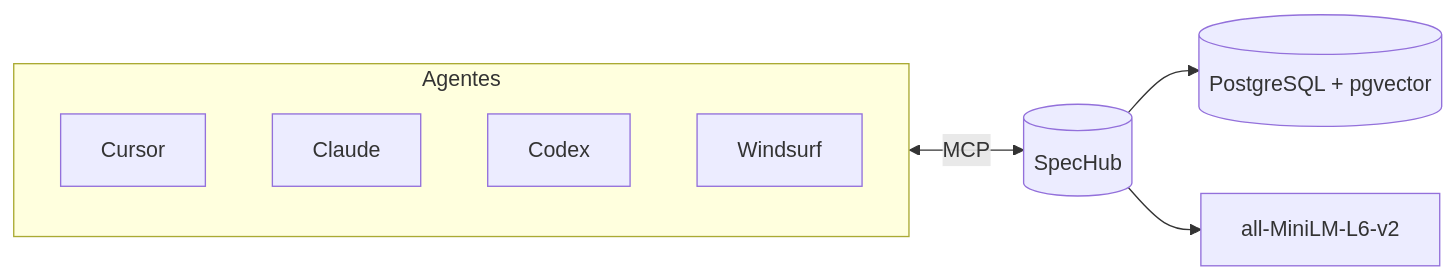
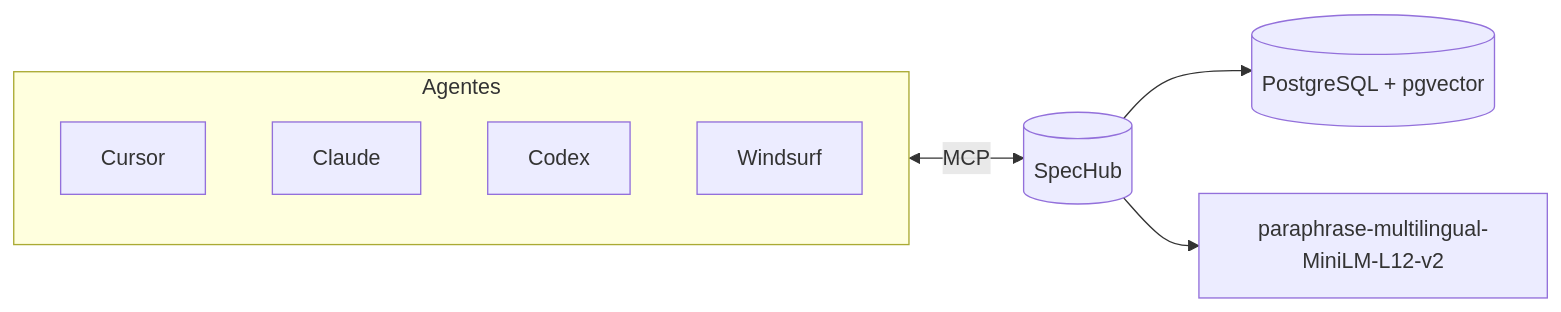
One commit to cezarpretto/spec-hub changed the diagram in README.md. Above: the diagram before and after it, drawn with Mermaid. The commit also changed other lines of this file and 10 other files, not shown here.

First line of the commit message:
feat: swap embedding model to multilingual (paraphrase-multilingual-MiniLM-L12-v2)

````diff
--- a/README.md
+++ b/README.md
@@ -9,12 +9,12 @@
 ```mermaid
 flowchart LR
     subgraph Agentes
         Cursor
         Claude
         Codex
         Windsurf
     end
     Agentes <-->|MCP| SpecHub[(SpecHub)]
     SpecHub --> PG[(PostgreSQL + pgvector)]
-    SpecHub --> Emb[all-MiniLM-L6-v2]
+    SpecHub --> Emb[paraphrase-multilingual-MiniLM-L12-v2]
 ```
````
